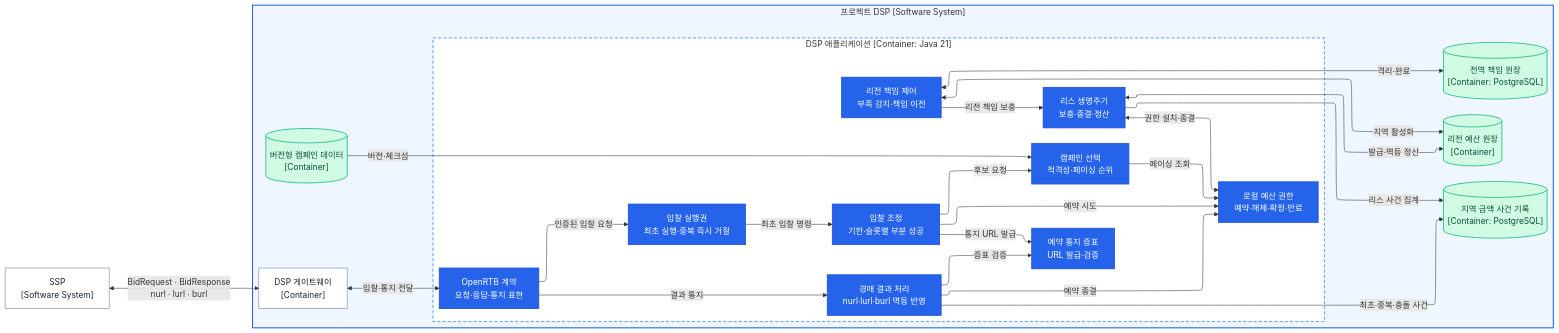
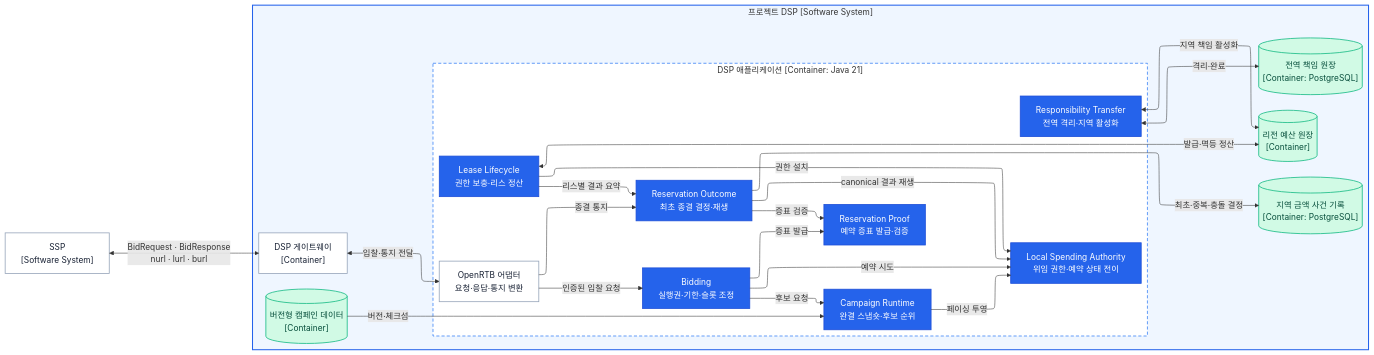
Before and after one commit to bbororo5/OpenRTB-Ads-auction: the diagram in docs/architecture/views/dsp-components.md, drawn with Mermaid. The commit also changed other lines of this file, not shown here.

Commit message:
docs: redefine dsp component boundaries

````diff
--- a/docs/architecture/views/dsp-components.md
+++ b/docs/architecture/views/dsp-components.md
@@ -9,58 +11,56 @@
 ```mermaid
 %%{init: {"flowchart": {"defaultRenderer": "elk"}}}%%
 flowchart LR
     SSP["SSP<br/>[Software System]"]
 
     subgraph DSP["프로젝트 DSP [Software System]"]
         direction TB
         GATEWAY["DSP 게이트웨이<br/>[Container]"]
 
         subgraph APP["DSP 애플리케이션 [Container: Java 21]"]
             direction TB
-            API["OpenRTB 계약<br/>요청·응답·통지 표현"]
-            DEDUPE["입찰 실행권<br/>최초 실행·중복 즉시 거절"]
-            AUCTION["입찰 조정<br/>기한·슬롯별 부분 성공"]
-            CAMPAIGN["캠페인 선택<br/>적격성·페이싱 순위"]
-            BUDGET["로컬 예산 권한<br/>예약·해제·확정·만료"]
-            TOKEN["예약 통지 증표<br/>URL 발급·검증"]
-            NOTICE["경매 결과 처리<br/>nurl·lurl·burl 멱등 반영"]
-            LEASE["리스 생명주기<br/>보충·종결·정산"]
-            TRANSFER["리전 책임 제어<br/>부족 감지·책임 이전"]
+            API["OpenRTB 어댑터<br/>요청·응답·통지 변환"]
+            BIDDING["Bidding<br/>실행권·기한·슬롯 조정"]
+            CAMPAIGN["Campaign Runtime<br/>완결 스냅숏·후보 순위"]
+            BUDGET["Local Spending Authority<br/>위임 권한·예약 상태 전이"]
+            PROOF["Reservation Proof<br/>예약 증표 발급·검증"]
+            OUTCOME["Reservation Outcome<br/>최초 종결 결정·재생"]
+            LEASE["Lease Lifecycle<br/>권한 보충·리스 정산"]
+            TRANSFER["Responsibility Transfer<br/>전역 격리·지역 활성화"]
 
-            API -->|"인증된 입찰 요청"| DEDUPE
-            DEDUPE -->|"최초 입찰 명령"| AUCTION
-            AUCTION -->|"후보 요청"| CAMPAIGN
-            CAMPAIGN -->|"페이싱 조회"| BUDGET
-            AUCTION -->|"예약 시도"| BUDGET
-            AUCTION -->|"통지 URL 발급"| TOKEN
-            API -->|"결과 통지"| NOTICE
-            NOTICE -->|"증표 검증"| TOKEN
-            NOTICE -->|"예약 종결"| BUDGET
-            LEASE <-->|"권한 설치·종결"| BUDGET
-            TRANSFER -->|"리전 책임 보충"| LEASE
+            API -->|"인증된 입찰 요청"| BIDDING
+            BIDDING -->|"후보 요청"| CAMPAIGN
+            CAMPAIGN -->|"페이싱 투영"| BUDGET
+            BIDDING -->|"예약 시도"| BUDGET
+            BIDDING -->|"증표 발급"| PROOF
+            API -->|"종결 통지"| OUTCOME
+            OUTCOME -->|"증표 검증"| PROOF
+            OUTCOME -->|"canonical 결과 재생"| BUDGET
+            LEASE -->|"권한 설치"| BUDGET
+            LEASE -->|"리스별 결과 요약"| OUTCOME
         end
 
         CAMPAIGN_STORE[("버전형 캠페인 데이터<br/>[Container]")]
         REGIONAL[("리전 예산 원장<br/>[Container]")]
         MONEY[("지역 금액 사건 기록<br/>[Container: PostgreSQL]")]
         GLOBAL[("전역 책임 원장<br/>[Container: PostgreSQL]")]
     end
 
     SSP <-->|"BidRequest · BidResponse<br/>nurl · lurl · burl"| GATEWAY
     GATEWAY <-->|"입찰·통지 전달"| API
     CAMPAIGN_STORE -->|"버전·체크섬"| CAMPAIGN
-    NOTICE -->|"최초·중복·충돌 사건"| MONEY
-    LEASE -->|"리스 사건 집계"| MONEY
+    OUTCOME -->|"최초·중복·충돌 결정"| MONEY
     LEASE <-->|"발급·멱등 정산"| REGIONAL
-    TRANSFER <-->|"지역 활성화"| REGIONAL
+    TRANSFER <-->|"지역 책임 활성화"| REGIONAL
     TRANSFER <-->|"격리·완료"| GLOBAL
 
     classDef component fill:#2563eb,color:#fff,stroke:#1d4ed8,stroke-width:1.5px;
     classDef external fill:#fff,color:#172033,stroke:#94a3b8,stroke-width:1.5px;
     classDef store fill:#d1fae5,color:#064e3b,stroke:#10b981,stroke-width:1.5px;
-    class API,DEDUPE,AUCTION,CAMPAIGN,BUDGET,TOKEN,NOTICE,LEASE,TRANSFER component;
+    class BIDDING,CAMPAIGN,BUDGET,PROOF,OUTCOME,LEASE,TRANSFER component;
+    class API external;
     class SSP,GATEWAY external;
     class CAMPAIGN_STORE,REGIONAL,MONEY,GLOBAL store;
     style DSP fill:#eff6ff,stroke:#2563eb,stroke-width:2px
     style APP fill:#ffffff,stroke:#3b82f6,stroke-width:1.5px,stroke-dasharray:6 4
 ```
````
